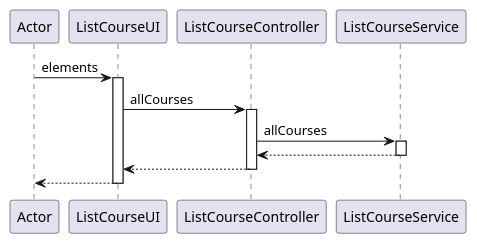
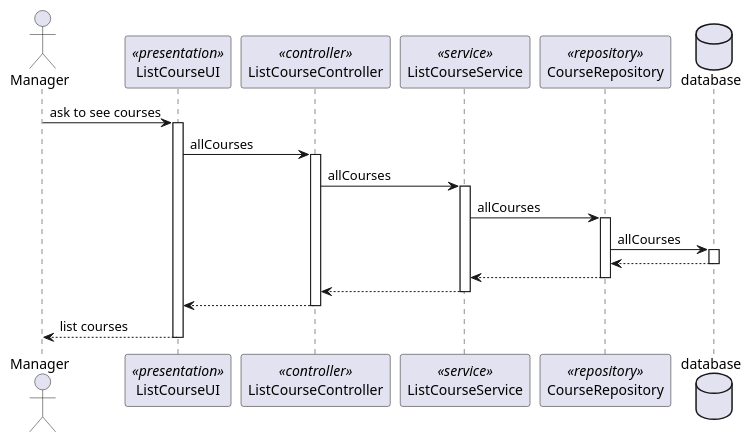
The diagram in docs/us_1006/ListCourseUI_SD_manager.puml (pedrocmesquita/eCourse), drawn with PlantUML before and after one commit. The commit also changed 13 other files, not shown here.

Commit message:
#8 Added class and sequence diagrams, demonstration and integration to documentation, updated UI

```diff
--- a/docs/us_1006/ListCourseUI_SD_manager.puml
+++ b/docs/us_1006/ListCourseUI_SD_manager.puml
@@ -1,14 +1,29 @@
 @startuml
-participant Actor
-Actor -> ListCourseUI : elements
+
+Actor Manager as Actor
+participant ListCourseUI as ListCourseUI <<presentation>>
+participant ListCourseController as ListCourseController <<controller>>
+participant ListCourseService as ListCourseService <<service>>
+participant CourseRepository as CourseRepository <<repository>>
+
+Actor -> ListCourseUI : ask to see courses
 activate ListCourseUI
 ListCourseUI -> ListCourseController : allCourses
 activate ListCourseController
 ListCourseController -> ListCourseService : allCourses
 activate ListCourseService
+ListCourseService -> CourseRepository : allCourses
+activate CourseRepository
+Database database
+CourseRepository -> database : allCourses
+activate database
+database --> CourseRepository
+deactivate database
+CourseRepository --> ListCourseService
+deactivate CourseRepository
 ListCourseService --> ListCourseController
 deactivate ListCourseService
 ListCourseController --> ListCourseUI
 deactivate ListCourseController
-return
+return list courses
 @enduml
```
